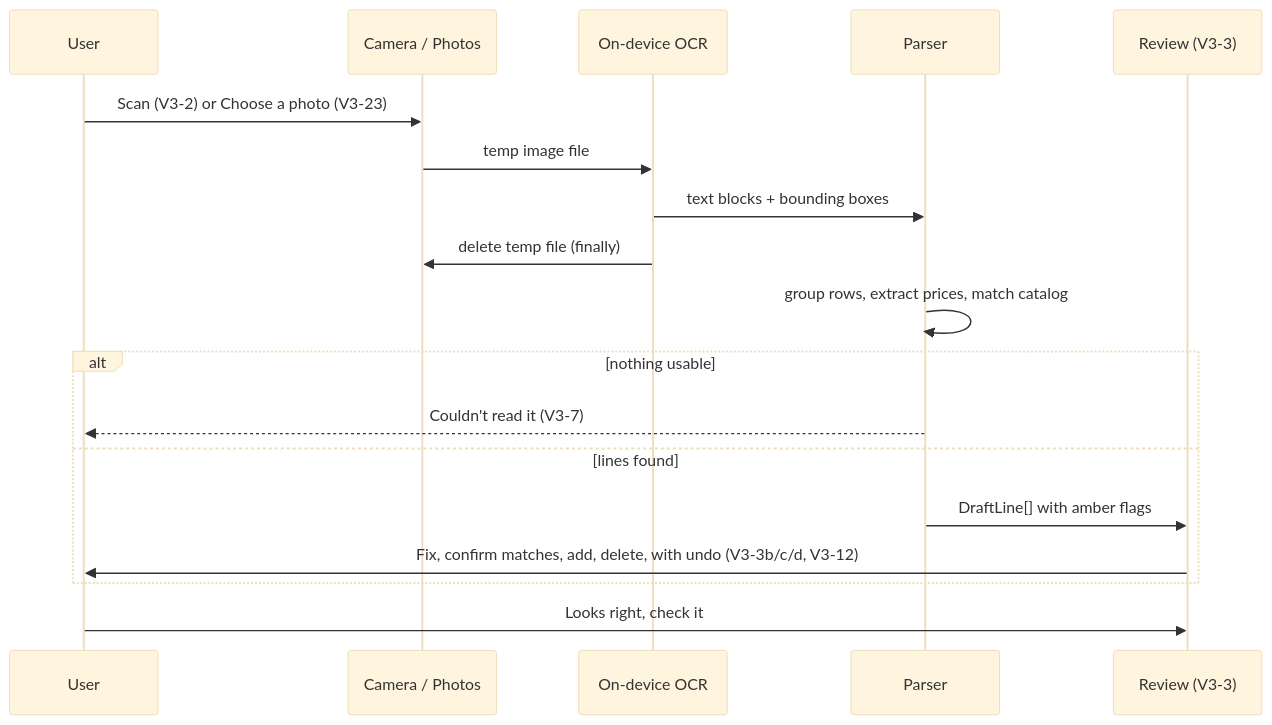
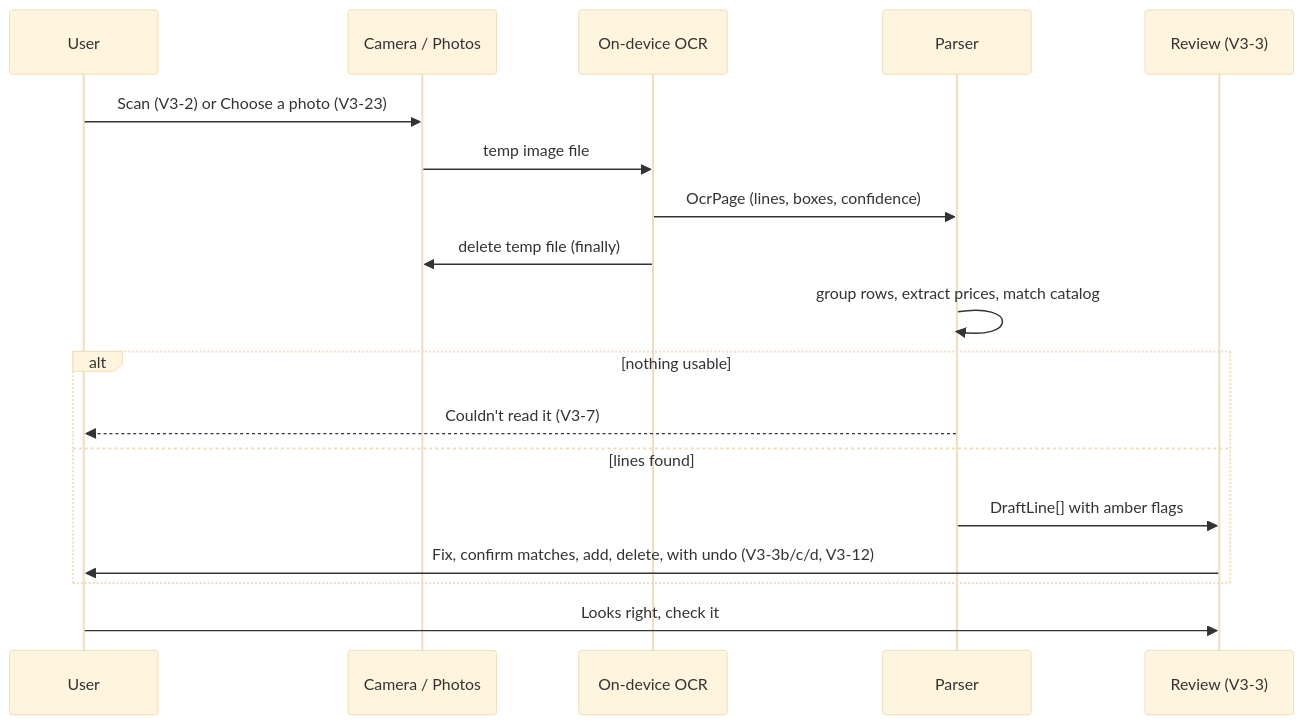
The second of 3 diagrams in SYSTEM_DESIGN.md (enjineerds/pms-check), drawn with Mermaid (base theme) before and after one commit. The commit also changed other lines of this file and 258 other files, not shown here.

````diff
--- a/SYSTEM_DESIGN.md
+++ b/SYSTEM_DESIGN.md
@@ -351,20 +351,20 @@
 ```mermaid
 sequenceDiagram
   participant U as User
   participant Cam as Camera / Photos
   participant OCR as On-device OCR
   participant P as Parser
   participant R as Review (V3-3)
   U->>Cam: Scan (V3-2) or Choose a photo (V3-23)
   Cam->>OCR: temp image file
-  OCR->>P: text blocks + bounding boxes
+  OCR->>P: OcrPage (lines, boxes, confidence)
   OCR->>Cam: delete temp file (finally)
   P->>P: group rows, extract prices, match catalog
   alt nothing usable
     P-->>U: Couldn't read it (V3-7)
   else lines found
     P->>R: DraftLine[] with amber flags
     R->>U: Fix, confirm matches, add, delete, with undo (V3-3b/c/d, V3-12)
   end
   U->>R: Looks right, check it
 ```
````
